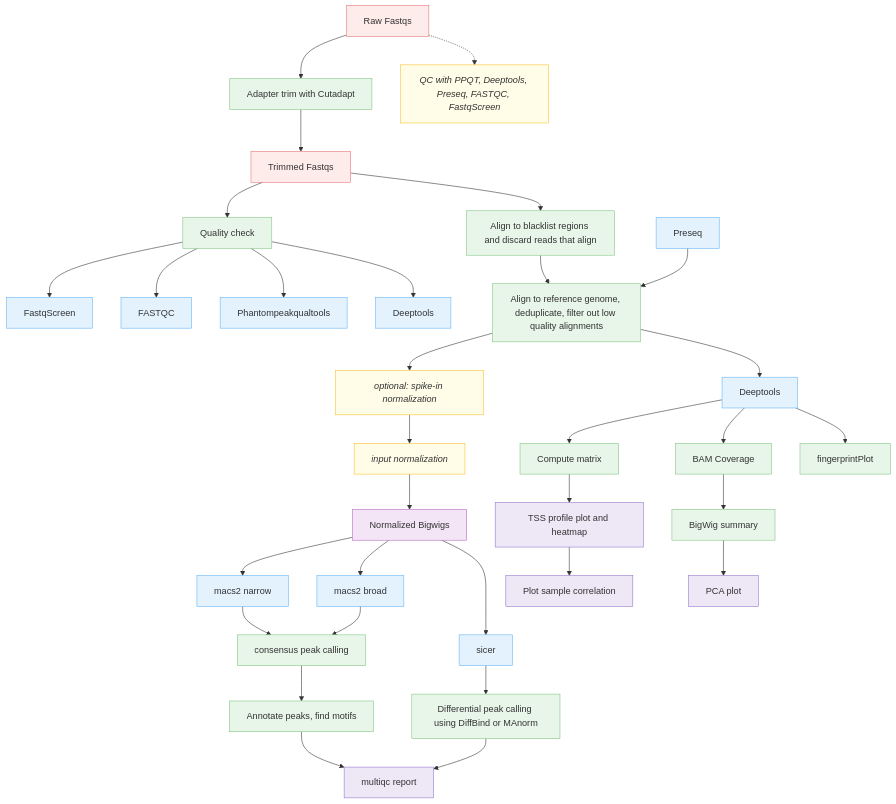
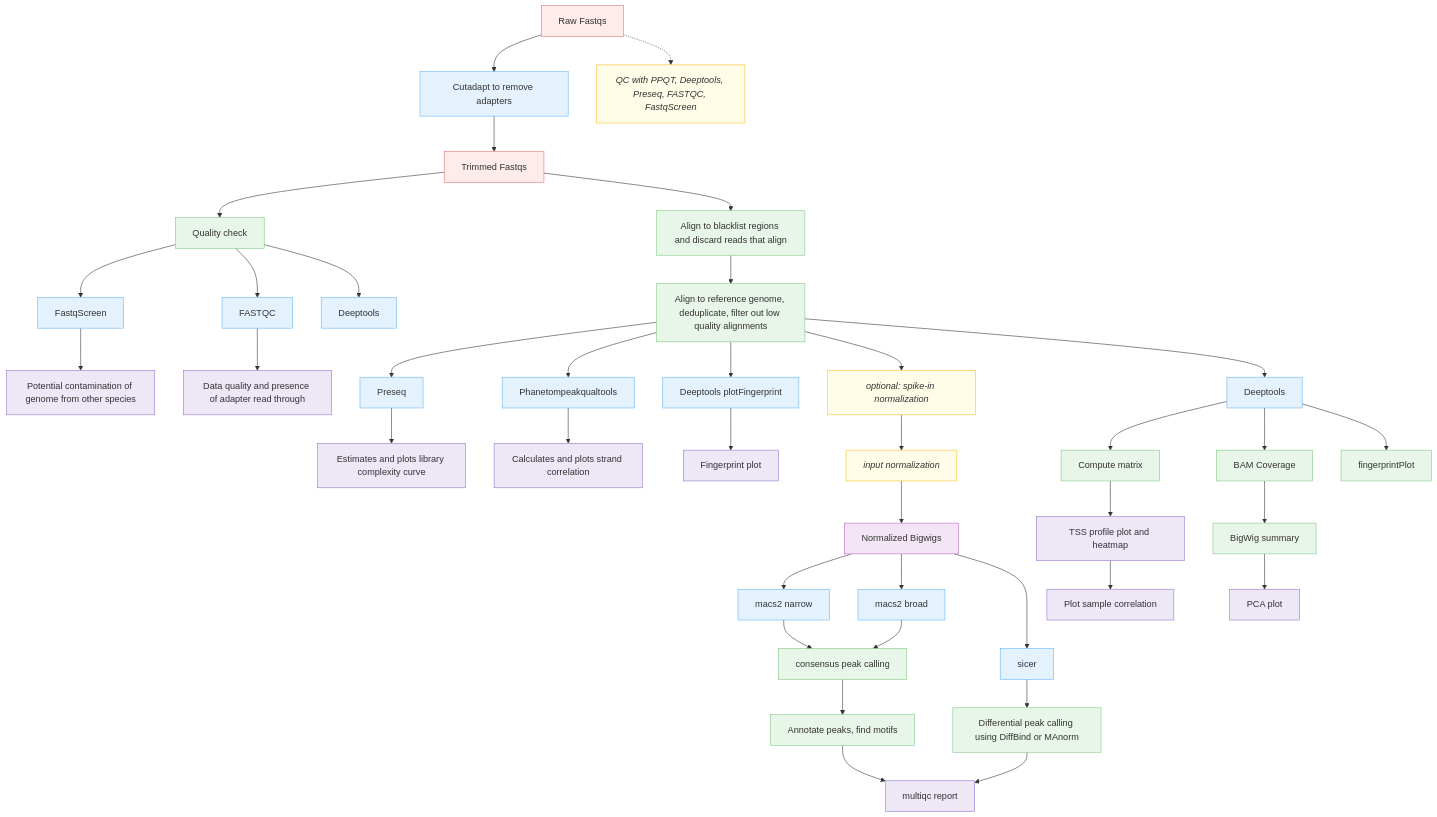
One commit to CCBR/CHAMPAGNE changed the first of 2 diagrams in docs/diagram/index.md. Above: the diagram before and after it, drawn with Mermaid.

Commit message:
Added more details regarding input, tools, and output.

````diff
--- a/docs/diagram/index.md
+++ b/docs/diagram/index.md
@@ -3,64 +3,76 @@
 ```mermaid
 
 flowchart TB
 
   %% Input
   %%Raw["Raw Fastqs"]:::input -->|Adapter trimming| Trimmed["Trimmed Fastqs"]:::input
-  Raw["Raw Fastqs"]:::input --> Cleanup["Adapter trim with Cutadapt"]:::process
+  Raw["Raw Fastqs"]:::input --> Cleanup["Cutadapt to remove adapters"]:::tool
   Cleanup --> Trimmed["Trimmed Fastqs"]:::input
   %%Adapter trimming --> Trimmed["Trimmed Fastqs"]:::input
   Raw -.-> QCnote["QC with PPQT, Deeptools, Preseq, FASTQC, FastqScreen"]:::note
   %%Trimmed --> Cutadapt["cutadapt"]:::process
   %%Cutadapt --> Trimmed
 
   %% Quality Control
   Trimmed --> QC["Quality check"]:::process
   QC --> FastqScreen["FastqScreen"]:::tool
+  FastqScreen --> Contaminants["Potential contamination of genome from other species"]:::output
   QC --> FASTQC["FASTQC"]:::tool
-  QC --> Phantom["Phantompeakqualtools"]:::tool
+  FASTQC --> QC_results["Data quality and presence of adapter read through"]:::output
+  %%QC --> Phantom["Phantompeakqualtools"]:::tool
   QC --> Deeptools["Deeptools"]:::tool
 
   %% Blacklist filtering
   Trimmed --> Blacklist["Align to blacklist regions and discard reads that align"]:::process
 
   %% Preseq and alignment
-  Preseq["Preseq"]:::tool --> Align["Align to reference genome, deduplicate, filter out low quality alignments"]:::process
-  Blacklist --> Align
+  %%Align["Align to reference genome, deduplicate, filter out low quality alignments"]:::process --> Preseq["Preseq"]:::tool
+  Blacklist --> Align["Align to reference genome, deduplicate, filter out low quality alignments"]:::process
+  Align --> Preseq["Preseq"]:::tool
+  Preseq --> Cc["Estimates and plots library complexity curve"]:::output
+
+  %% Phantompeakqualtools and alignment
+  Align --> Ppqt["Phanetompeakqualtools"]:::tool
+  Ppqt --> Scc["Calculates and plots strand correlation"]:::output
+
+  %% Fingerprint plot and alignment
+  Align --> plotFingerprint["Deeptools plotFingerprint"]:::tool
+  plotFingerprint --> Fingerprintplot["Fingerprint plot"]:::output  
 
   %% Spike-in normalization (optional)
   Align --> Spike["optional: spike-in normalization"]:::note
   Spike --> InputNorm["input normalization"]:::note
   InputNorm --> NormBigwigs["Normalized Bigwigs"]:::data
 
   %% Deeptools steps
   Align --> Deeptools2["Deeptools"]:::tool
   Deeptools2 --> Matrix["Compute matrix"]:::process
   Deeptools2 --> BAMcov["BAM Coverage"]:::process
   Deeptools2 --> Fingerprint["fingerprintPlot"]:::process
 
   Matrix --> Heatmap["TSS profile plot and heatmap"]:::output
   BAMcov --> Bigwig["BigWig summary"]:::process
   Bigwig --> PCA["PCA plot"]:::output
   Heatmap --> Correlation["Plot sample correlation"]:::output
 
   %% Peak calling
   NormBigwigs --> MACS2narrow["macs2 narrow"]:::tool
   NormBigwigs --> MACS2broad["macs2 broad"]:::tool
   NormBigwigs --> SICER["sicer"]:::tool
 
   MACS2narrow --> Consensus["consensus peak calling"]:::process
   MACS2broad --> Consensus
   SICER --> Diffbind["Differential peak calling using DiffBind or MAnorm"]:::process
 
   Consensus --> Annotate["Annotate peaks, find motifs"]:::process
   Annotate --> MultiQC["multiqc report"]:::output
   Diffbind --> MultiQC
 
   %% Styles
   classDef input fill:#fdecea,stroke:#e57373,stroke-width:1px;
   classDef process fill:#e8f5e9,stroke:#81c784,stroke-width:1px;
   classDef tool fill:#e3f2fd,stroke:#64b5f6,stroke-width:1px;
   classDef note fill:#fffde7,stroke:#fbc02d,stroke-width:1px,font-style:italic;
   classDef output fill:#ede7f6,stroke:#9575cd,stroke-width:1px;
   classDef data fill:#f3e5f5,stroke:#ba68c8,stroke-width:1px;
 ```
````
